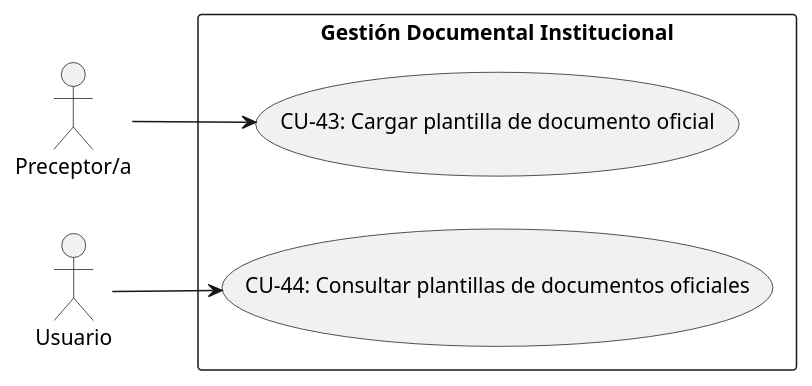
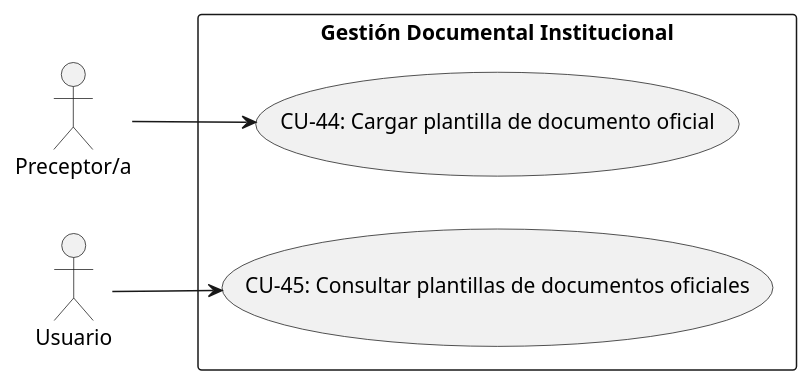
The diagram in CU/07_documentacion_oficial.puml (marcosdima/final-as), drawn with PlantUML before and after one commit. The commit also changed 10 other files, not shown here.

```diff
--- a/CU/07_documentacion_oficial.puml
+++ b/CU/07_documentacion_oficial.puml
@@ -1,20 +1,20 @@
 @startuml 07_documentacion_oficial
 
 left to right direction
 skinparam packageStyle rectangle
 skinparam rectangle {
     BackgroundColor #FFFFFF
 }
 
 actor "Preceptor/a" as preceptor
 actor "Usuario" as usuario
 
 rectangle "Gestión Documental Institucional" {
-    usecase "CU-43: Cargar plantilla de documento oficial" as CU43
-    usecase "CU-44: Consultar plantillas de documentos oficiales" as CU44
+    usecase "CU-44: Cargar plantilla de documento oficial" as CU44
+    usecase "CU-45: Consultar plantillas de documentos oficiales" as CU45
 }
 
-preceptor --> CU43
-usuario --> CU44
+preceptor --> CU44
+usuario --> CU45
 
 @enduml
```
